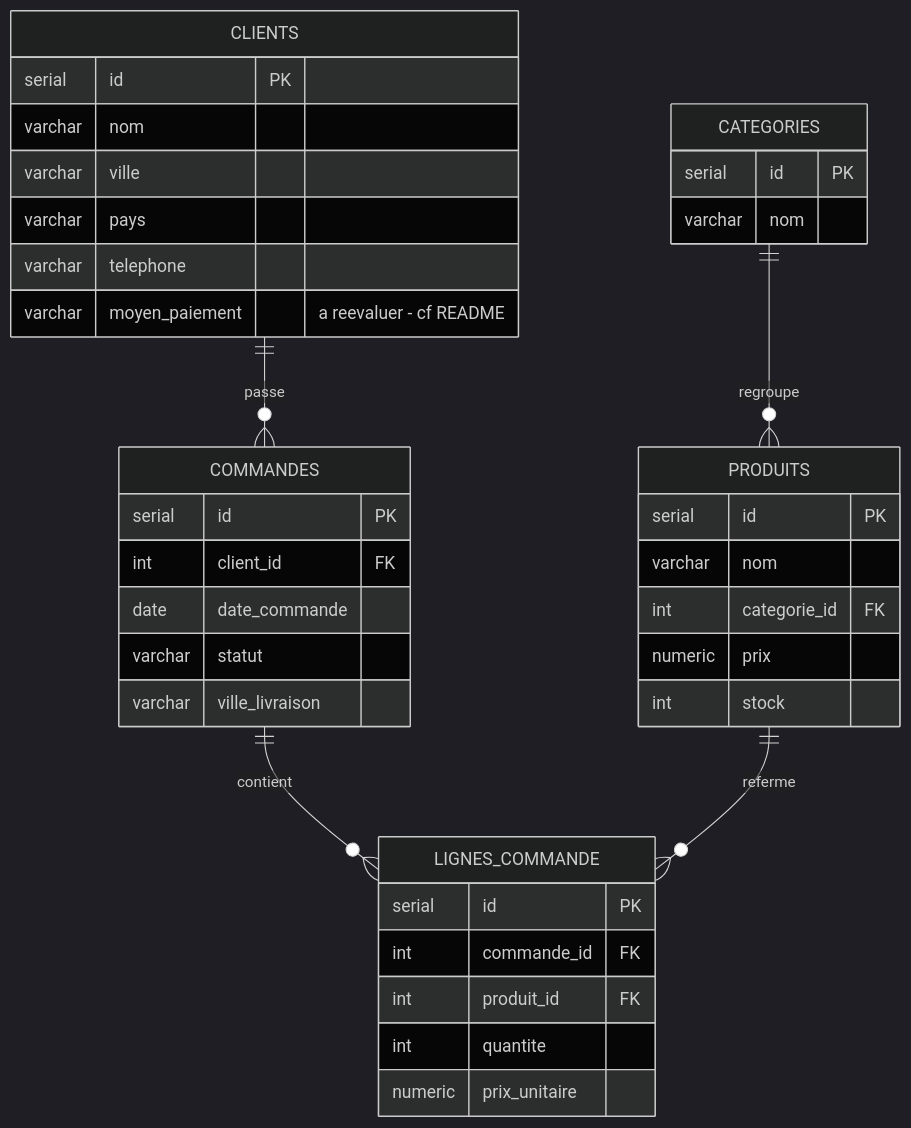
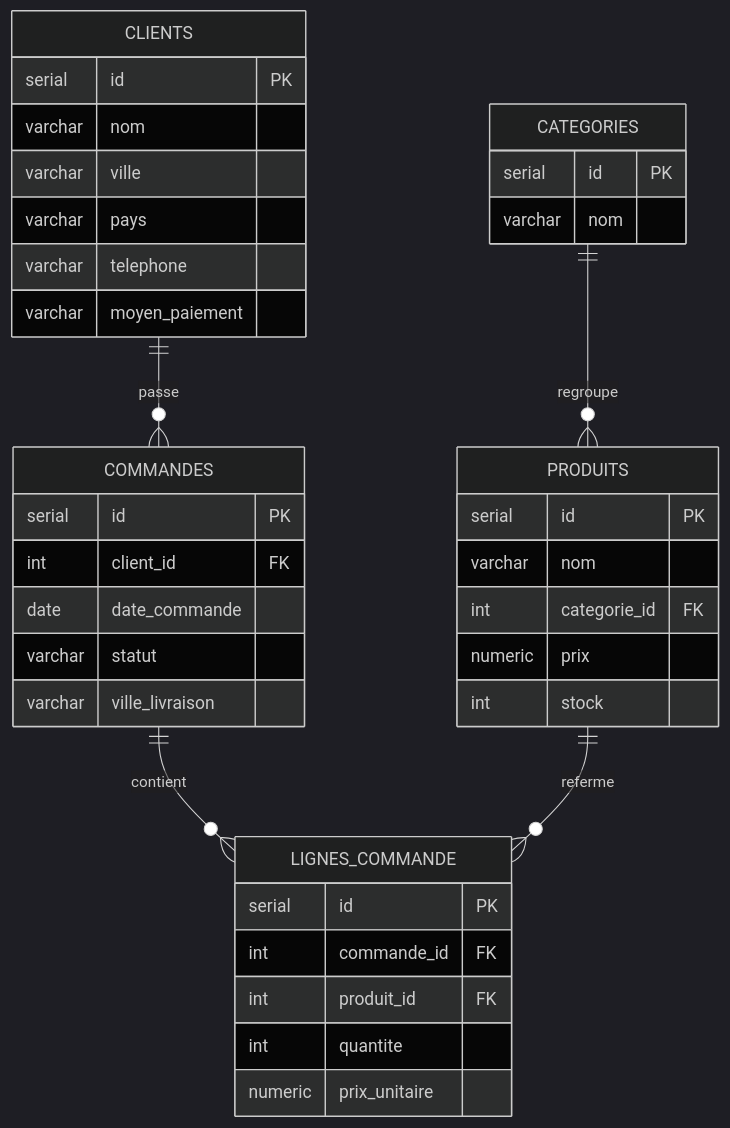
One commit to Meadohm/mohdatashop-pipeline changed the diagram in database/postgresql/docs/erd_mohdatashop.md. Above: the diagram before and after it, drawn with Mermaid (dark theme). The commit also changed other lines of this file and 1 other file, not shown here.

Commit message:
fix: retirer commentaire inline erDiagram cassant le rendu mermaid GitHub

````diff
--- a/database/postgresql/docs/erd_mohdatashop.md
+++ b/database/postgresql/docs/erd_mohdatashop.md
@@ -6,41 +6,41 @@
 ```mermaid
 erDiagram
   CLIENTS ||--o{ COMMANDES : passe
   CATEGORIES ||--o{ PRODUITS : regroupe
   COMMANDES ||--o{ LIGNES_COMMANDE : contient
   PRODUITS ||--o{ LIGNES_COMMANDE : referme
 
   CLIENTS {
     serial id PK
     varchar nom
     varchar ville
     varchar pays
     varchar telephone
-    varchar moyen_paiement "a reevaluer - cf README"
+    varchar moyen_paiement
   }
   CATEGORIES {
     serial id PK
     varchar nom
   }
   PRODUITS {
     serial id PK
     varchar nom
     int categorie_id FK
     numeric prix
     int stock
   }
   COMMANDES {
     serial id PK
     int client_id FK
     date date_commande
     varchar statut
     varchar ville_livraison
   }
   LIGNES_COMMANDE {
     serial id PK
     int commande_id FK
     int produit_id FK
     int quantite
     numeric prix_unitaire
   }
 ```
````
